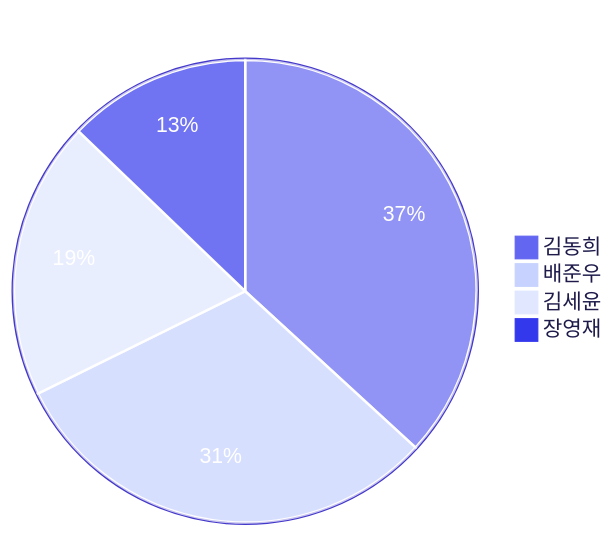
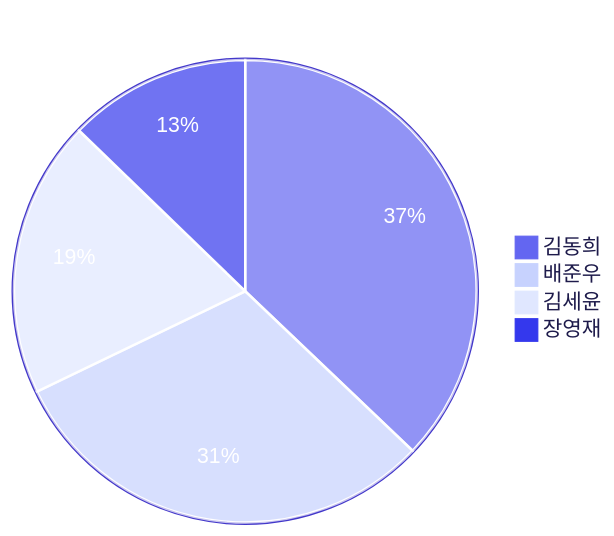
One commit to 3rd-project-team-1/ALYAC-market-team1 changed the third of 4 diagrams in README.md. Above: the diagram before and after it, drawn with Mermaid. The commit also changed other lines of this file, not shown here.

Commit message:
docs: 커밋 활동 차트 자동 업데이트 [skip ci]

````diff
--- a/README.md
+++ b/README.md
@@ -430,17 +430,17 @@
 ```mermaid
 %%{init: { 'theme': 'base', 'themeVariables': {
   'primaryColor': '#6366f1',
   'primaryTextColor': '#ffffff',
   'primaryBorderColor': '#4338ca',
   'secondaryColor': '#c7d2fe',
   'tertiaryColor': '#e0e7ff',
   'pieLegendTextColor': '#1e1b4b',
   'pieStrokeColor': '#ffffff',
   'pieOuterStrokeColor': '#4338ca'
 } } }%%
 pie title 기여자별 커밋 수
-  "김동희" : 155
+  "김동희" : 157
   "배준우" : 130
   "김세윤" : 82
   "장영재" : 54
 ```
````
